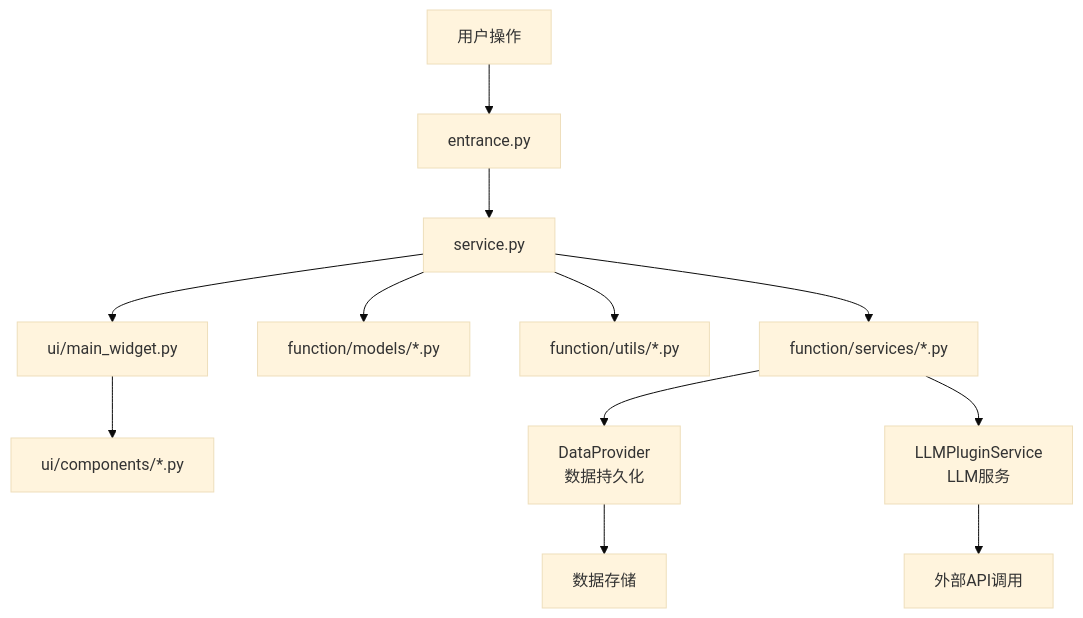
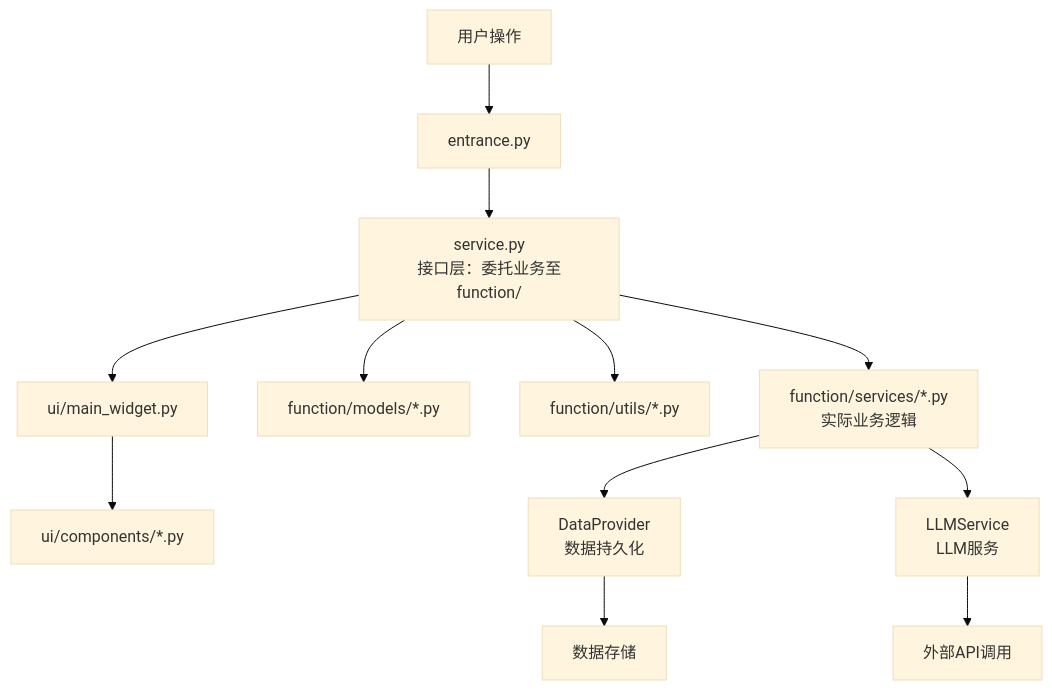
One commit to KKPIP-Tech/InstructionX changed the second of 2 diagrams in plugin-development.md. Above: the diagram before and after it, drawn with Mermaid (base theme). The commit also changed other lines of this file, not shown here.

First line of the commit message:
docs(plugin-guide): 重构插件开发指南架构规范，明确 service 层职责边界与配置管理要求

````diff
--- a/plugin-development.md
+++ b/plugin-development.md
@@ -304,14 +310,14 @@
 ```mermaid
 flowchart TD
     User[用户操作] --> Entrance[entrance.py]
-    Entrance --> Service[service.py]
-    Service --> SubServices[function/services/*.py]
+    Entrance --> Service[service.py<br/>接口层：委托业务至function/]
+    Service --> SubServices[function/services/*.py<br/>实际业务逻辑]
     Service --> Models[function/models/*.py]
     Service --> Utils[function/utils/*.py]
     Service --> MainWidget[ui/main_widget.py]
     MainWidget --> Components[ui/components/*.py]
     SubServices --> DataProvider[DataProvider<br/>数据持久化]
-    SubServices --> LLM[LLMPluginService<br/>LLM服务]
+    SubServices --> LLM[LLMService<br/>LLM服务]
     DataProvider --> Storage[数据存储]
     LLM --> APICall[外部API调用]
 ```
````
